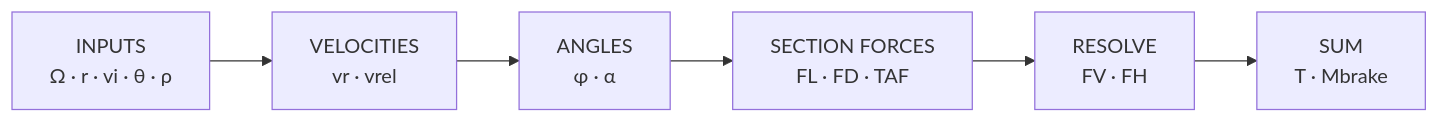
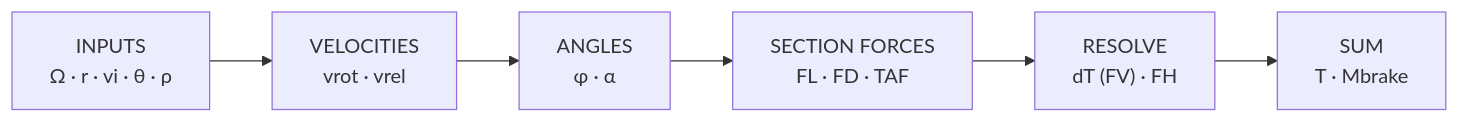
Before and after one commit to ZanneRay/ATPL-H-Learning-Ecosystem: the second of 2 diagrams in docs/curriculum/MODULE-1-VISUAL-SYSTEM.md, drawn with Mermaid. The commit also changed other lines of this file, not shown here.

````diff
--- a/docs/curriculum/MODULE-1-VISUAL-SYSTEM.md
+++ b/docs/curriculum/MODULE-1-VISUAL-SYSTEM.md
@@ -317,8 +338,8 @@
 ```mermaid
 flowchart LR
-    I["INPUTS<br/>Ω · r · vi · θ · ρ"] --> V["VELOCITIES<br/>vr · vrel"]
+    I["INPUTS<br/>Ω · r · vi · θ · ρ"] --> V["VELOCITIES<br/>vrot · vrel"]
     V --> A["ANGLES<br/>φ · α"]
     A --> F["SECTION FORCES<br/>FL · FD · TAF"]
-    F --> C["RESOLVE<br/>FV · FH"]
+    F --> C["RESOLVE<br/>dT (FV) · FH"]
     C --> S["SUM<br/>T · Mbrake"]
 ```
````
